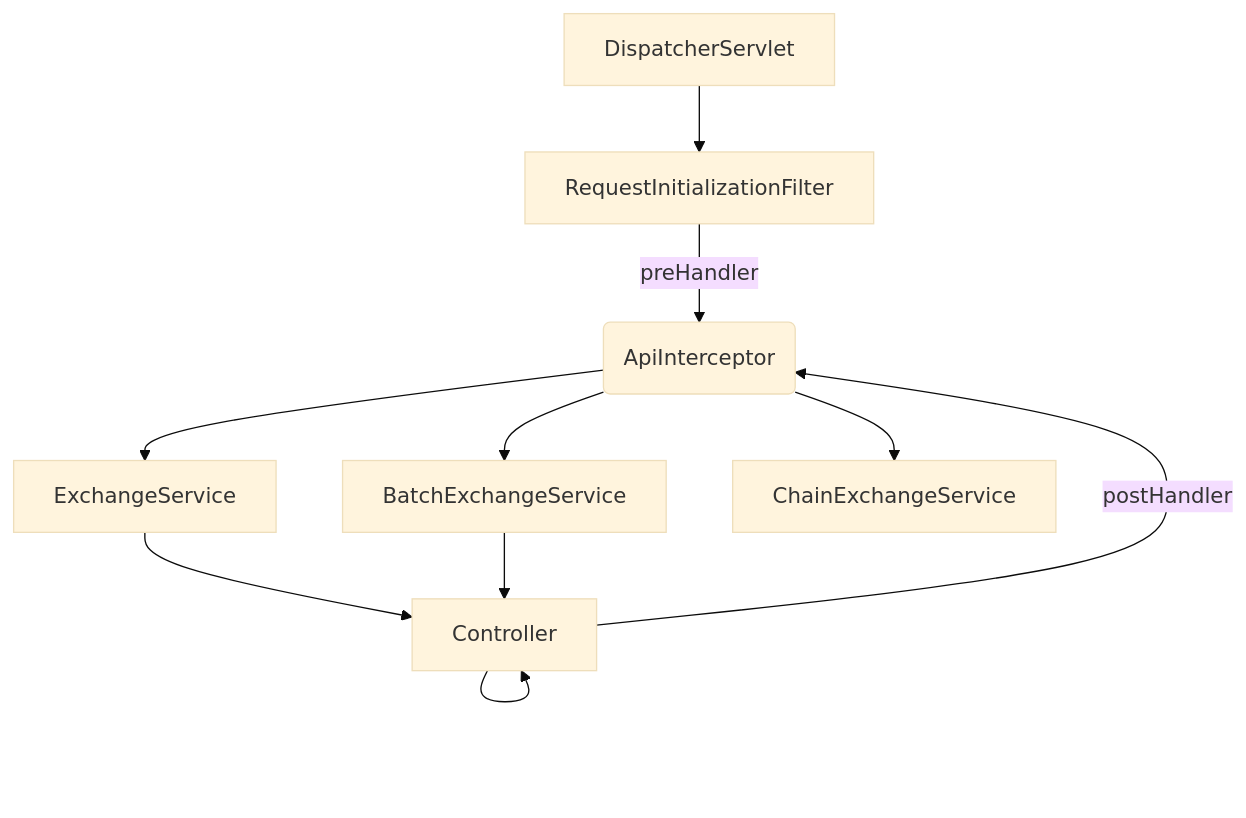
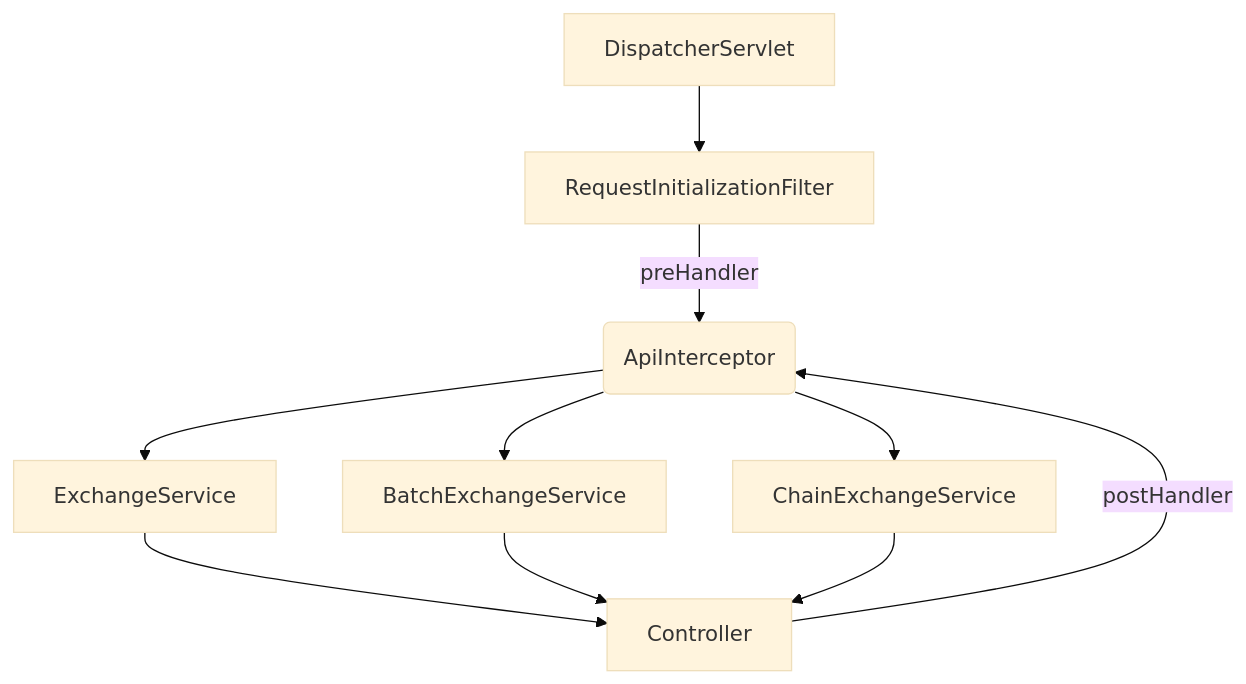
One commit to Beapi-io/spring-boot-starter-beapi changed the diagram in README.md. Above: the diagram before and after it, drawn with Mermaid (base theme).

````diff
--- a/README.md
+++ b/README.md
@@ -101,12 +101,12 @@
 ```mermaid
 flowchart TD
     A[DispatcherServlet] --> B[RequestInitializationFilter]
     B --> |preHandler| C(ApiInterceptor)
     C --> D[ExchangeService] 
     C --> E[BatchExchangeService] 
     C --> F[ChainExchangeService] 
     D --> G[Controller]
     E --> G[Controller]
-    G --> G[Controller]
+    F --> G[Controller]
     G --> |postHandler| C
 ```
````
